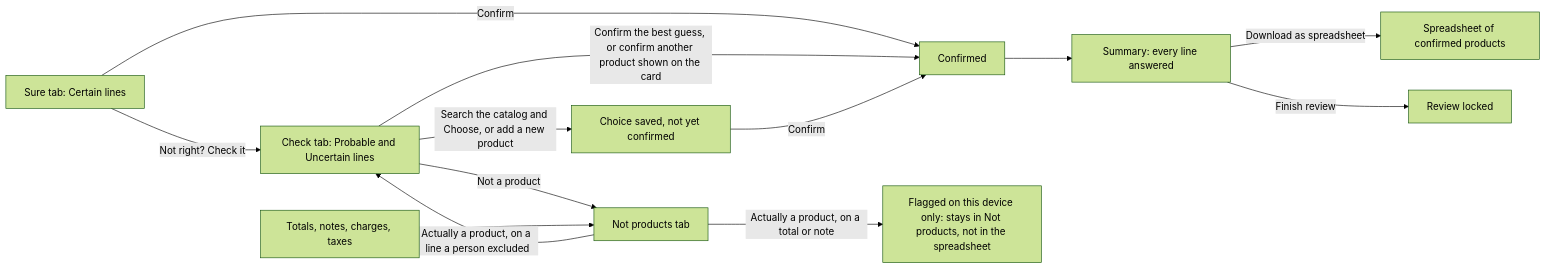
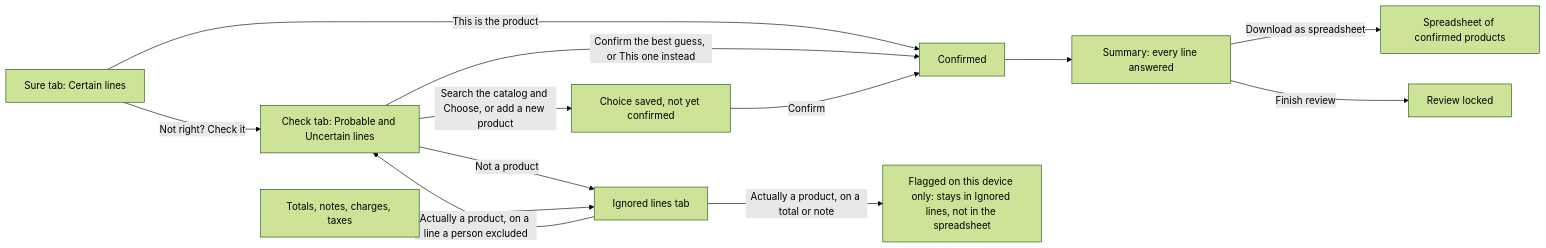
One commit to CarlitosRed/advance-po-reader changed the diagram in docs/how-it-works/05-the-review-screen.md. Above: the diagram before and after it, drawn with Mermaid (forest theme). The commit also changed other lines of this file and 6 other files, not shown here.

First line of the commit message:
docs(how-it-works): describe PR #21 as merged (reason sentences, Ignored lines)

````diff
--- a/docs/how-it-works/05-the-review-screen.md
+++ b/docs/how-it-works/05-the-review-screen.md
@@ -27,15 +58,15 @@
 ```mermaid
 flowchart LR
-  S["Sure tab: Certain lines"] -->|"Confirm"| OK["Confirmed"]
+  S["Sure tab: Certain lines"] -->|"This is the product"| OK["Confirmed"]
   S -->|"Not right? Check it"| C["Check tab: Probable and Uncertain lines"]
-  C -->|"Confirm the best guess, or confirm another product shown on the card"| OK
+  C -->|"Confirm the best guess, or This one instead"| OK
   C -->|"Search the catalog and Choose, or add a new product"| SEL["Choice saved, not yet confirmed"]
   SEL -->|"Confirm"| OK
-  C -->|"Not a product"| N["Not products tab"]
+  C -->|"Not a product"| N["Ignored lines tab"]
   N -->|"Actually a product, on a line a person excluded"| C
   X["Totals, notes, charges, taxes"] --> N
-  N -->|"Actually a product, on a total or note"| F["Flagged on this device only: stays in Not products, not in the spreadsheet"]
+  N -->|"Actually a product, on a total or note"| F["Flagged on this device only: stays in Ignored lines, not in the spreadsheet"]
   OK --> SUM["Summary: every line answered"]
   SUM -->|"Download as spreadsheet"| CSV["Spreadsheet of confirmed products"]
   SUM -->|"Finish review"| DONE["Review locked"]
 ```
````
